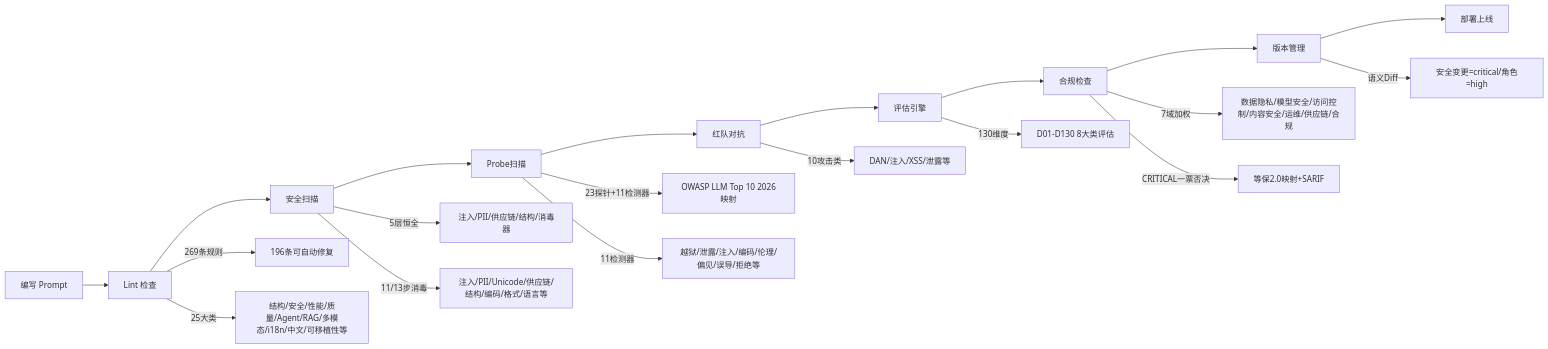
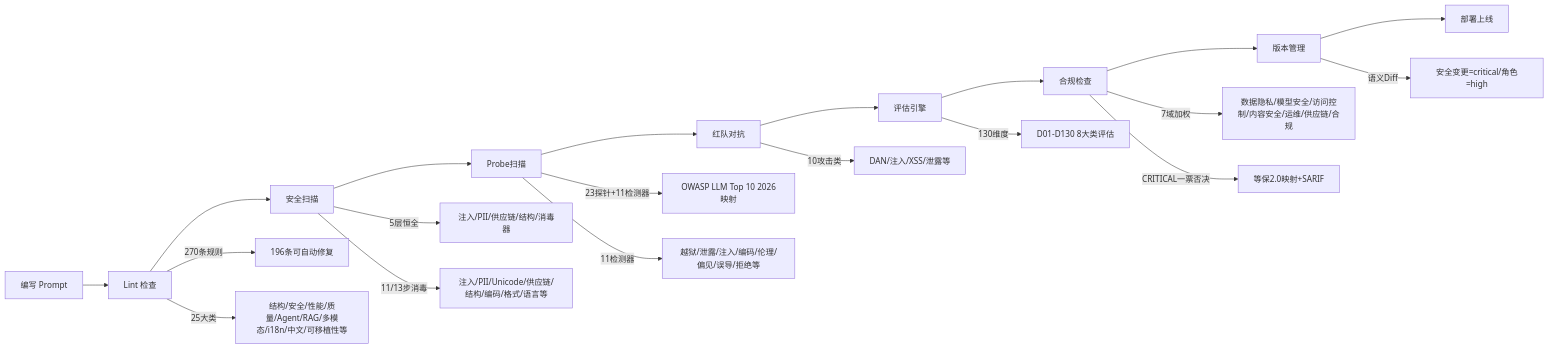
One commit to wqbcs/ai-prompt-toolkit changed the first of 2 diagrams in README.md. Above: the diagram before and after it, drawn with Mermaid. The commit also changed other lines of this file and 293 other files, not shown here.

````diff
--- a/README.md
+++ b/README.md
@@ -431,23 +431,23 @@
 ```mermaid
 graph LR
     A[编写 Prompt] --> B[Lint 检查]
     B --> C[安全扫描]
     C --> D[Probe扫描]
     D --> E[红队对抗]
     E --> F[评估引擎]
     F --> G[合规检查]
     G --> H[版本管理]
     H --> I[部署上线]
 
-    B -->|269条规则| B1[196条可自动修复]
+    B -->|270条规则| B1[196条可自动修复]
     B -->|25大类| B2[结构/安全/性能/质量/Agent/RAG/多模态/i18n/中文/可移植性等]
     C -->|5层恒全| C1[注入/PII/供应链/结构/消毒器]
     C -->|11/13步消毒| C2[注入/PII/Unicode/供应链/结构/编码/格式/语言等]
     D -->|23探针+11检测器| D1[OWASP LLM Top 10 2026映射]
     D -->|11检测器| D2[越狱/泄露/注入/编码/伦理/偏见/误导/拒绝等]
     E -->|10攻击类| E1[DAN/注入/XSS/泄露等]
     F -->|130维度| F1[D01-D130 8大类评估]
     G -->|7域加权| G1[数据隐私/模型安全/访问控制/内容安全/运维/供应链/合规]
     G -->|CRITICAL一票否决| G2[等保2.0映射+SARIF]
     H -->|语义Diff| H1[安全变更=critical/角色=high]
 ```
````
